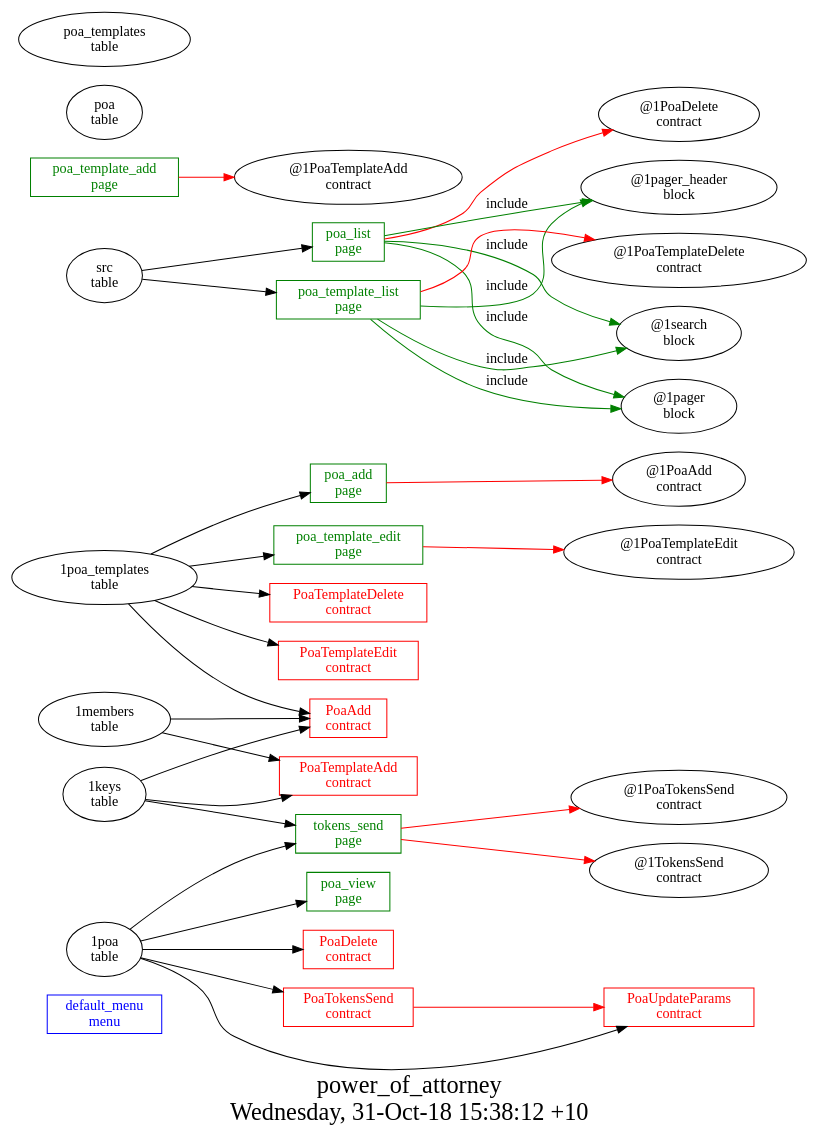
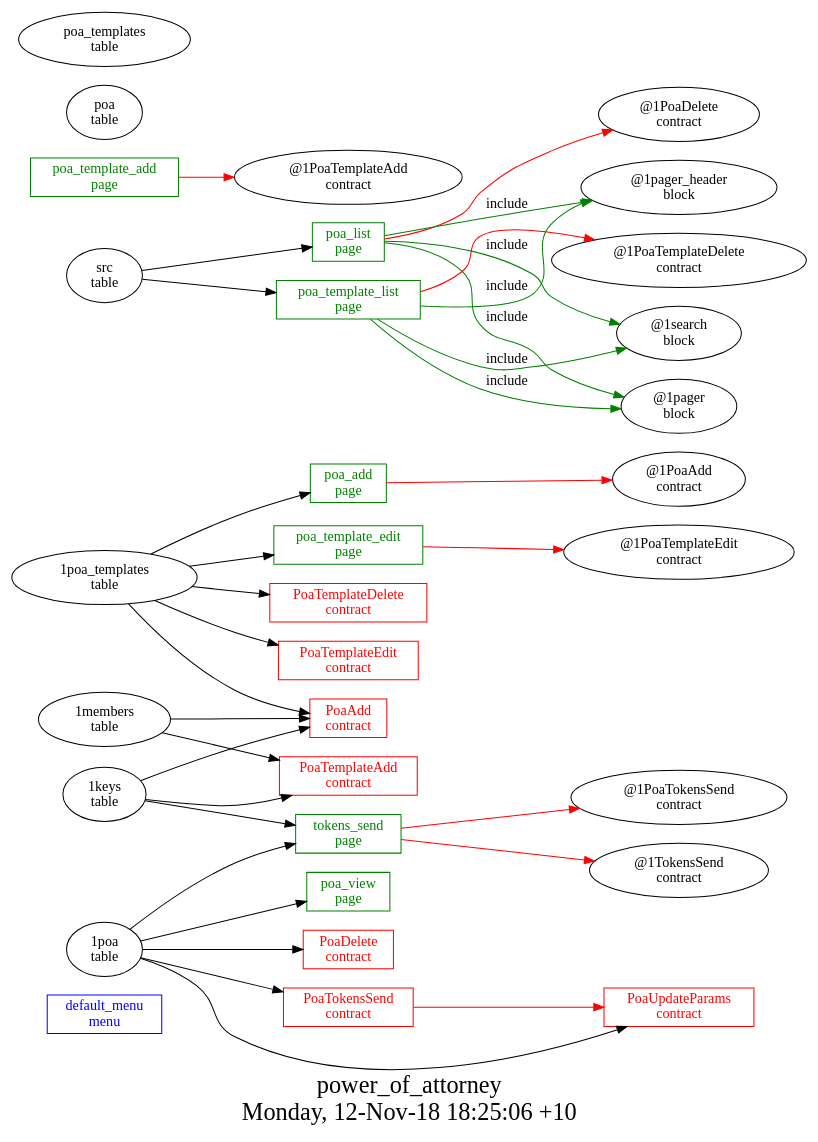
One commit to AplaProject/apps changed the diagram in other/power_of_attorney/struct.dot. Above: the diagram before and after it, drawn with Graphviz. The commit also changed 8 other files, not shown here.

```diff
--- a/other/power_of_attorney/struct.dot
+++ b/other/power_of_attorney/struct.dot
@@ -1,56 +1,56 @@
 digraph G {
 fontsize="24";
-label="power_of_attorney\nWednesday, 31-Oct-18 15:38:12 +10";
+label="power_of_attorney\nMonday, 12-Nov-18 18:25:06 +10";
 nojustify=true;
 ordering=out;
 rankdir=LR;
 size="30";
 "default_menu\nmenu" [color=blue, fontcolor=blue, group=menus, shape=record];
 "poa_add\npage" -> "@1PoaAdd\ncontract"  [ color=red ]
 "1poa_templates\ntable" -> "poa_add\npage"
 "poa_add\npage" [color=green, fontcolor=green, group=pages, shape=record];
 "poa_list\npage" -> "@1PoaDelete\ncontract"  [ color=red ]
 "src\ntable" -> "poa_list\npage"
 "poa_list\npage" -> "@1pager_header\nblock"  [ color=green, label=include ]
 "poa_list\npage" -> "@1search\nblock"  [ color=green, label=include ]
 "poa_list\npage" -> "@1pager\nblock"  [ color=green, label=include ]
 "poa_list\npage" [color=green, fontcolor=green, group=pages, shape=record];
 "poa_template_add\npage" -> "@1PoaTemplateAdd\ncontract"  [ color=red ]
 "poa_template_add\npage" [color=green, fontcolor=green, group=pages, shape=record];
 "poa_template_edit\npage" -> "@1PoaTemplateEdit\ncontract"  [ color=red ]
 "1poa_templates\ntable" -> "poa_template_edit\npage"
 "poa_template_edit\npage" [color=green, fontcolor=green, group=pages, shape=record];
 "poa_template_list\npage" -> "@1PoaTemplateDelete\ncontract"  [ color=red ]
 "src\ntable" -> "poa_template_list\npage"
 "poa_template_list\npage" -> "@1pager_header\nblock"  [ color=green, label=include ]
 "poa_template_list\npage" -> "@1search\nblock"  [ color=green, label=include ]
 "poa_template_list\npage" -> "@1pager\nblock"  [ color=green, label=include ]
 "poa_template_list\npage" [color=green, fontcolor=green, group=pages, shape=record];
 "1poa\ntable" -> "poa_view\npage"
 "poa_view\npage" [color=green, fontcolor=green, group=pages, shape=record];
 "tokens_send\npage" -> "@1PoaTokensSend\ncontract"  [ color=red ]
 "tokens_send\npage" -> "@1TokensSend\ncontract"  [ color=red ]
 "1poa\ntable" -> "tokens_send\npage"
 "1keys\ntable" -> "tokens_send\npage"
 "tokens_send\npage" [color=green, fontcolor=green, group=pages, shape=record];
 "1members\ntable" -> "PoaAdd\ncontract"
 "1keys\ntable" -> "PoaAdd\ncontract"
 "1poa_templates\ntable" -> "PoaAdd\ncontract"
 "PoaAdd\ncontract" [color=red, fontcolor=red, group=contracts, shape=record];
 "1poa\ntable" -> "PoaDelete\ncontract"
 "PoaDelete\ncontract" [color=red, fontcolor=red, group=contracts, shape=record];
 "1members\ntable" -> "PoaTemplateAdd\ncontract"
 "1keys\ntable" -> "PoaTemplateAdd\ncontract"
 "PoaTemplateAdd\ncontract" [color=red, fontcolor=red, group=contracts, shape=record];
 "1poa_templates\ntable" -> "PoaTemplateDelete\ncontract"
 "PoaTemplateDelete\ncontract" [color=red, fontcolor=red, group=contracts, shape=record];
 "1poa_templates\ntable" -> "PoaTemplateEdit\ncontract"
 "PoaTemplateEdit\ncontract" [color=red, fontcolor=red, group=contracts, shape=record];
 "PoaTokensSend\ncontract" -> "PoaUpdateParams\ncontract"  [ color=red ]
 "1poa\ntable" -> "PoaTokensSend\ncontract"
 "PoaTokensSend\ncontract" [color=red, fontcolor=red, group=contracts, shape=record];
 "1poa\ntable" -> "PoaUpdateParams\ncontract"
 "PoaUpdateParams\ncontract" [color=red, fontcolor=red, group=contracts, shape=record];
 "poa\ntable" [color="", fontcolor="", group=tables, shape=""];
 "poa_templates\ntable" [color="", fontcolor="", group=tables, shape=""];
 }
```
